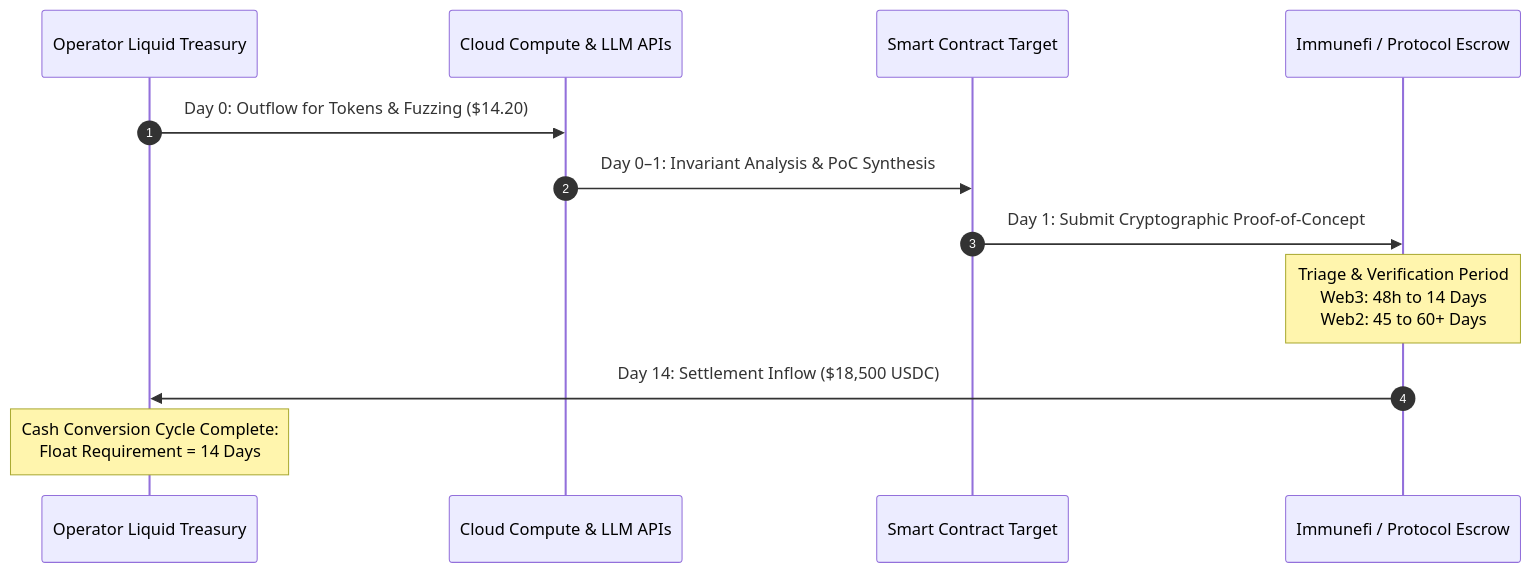
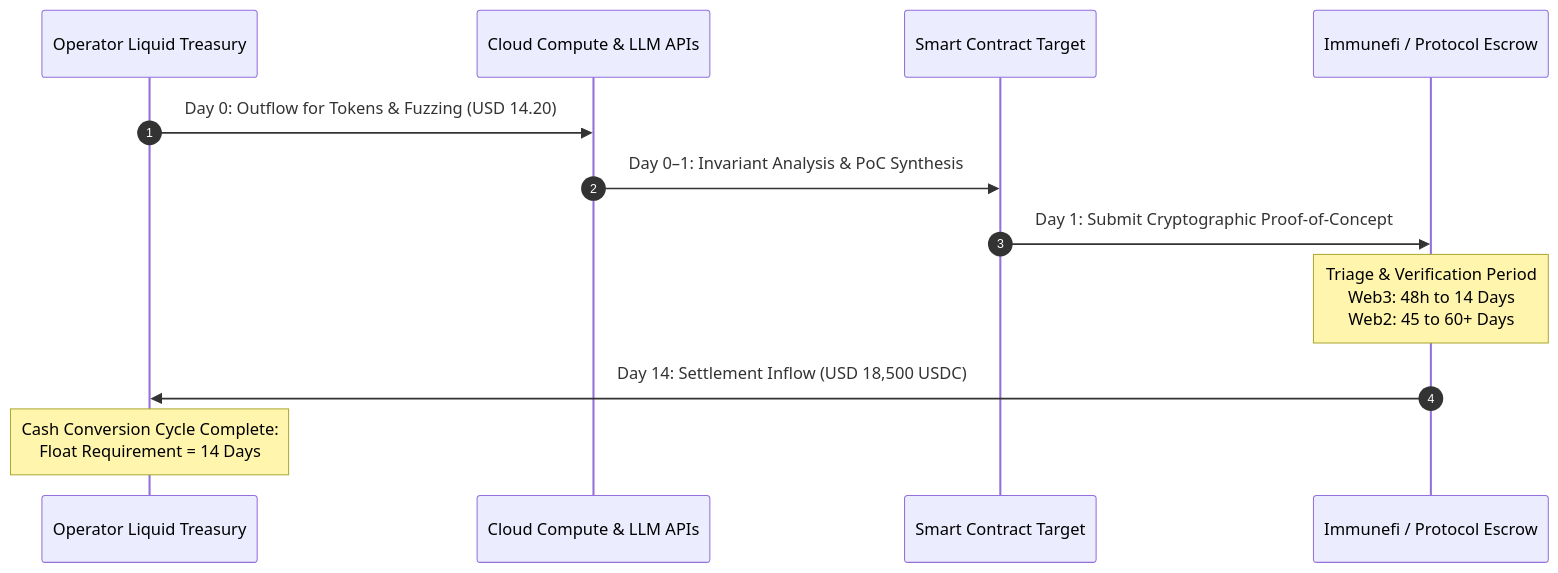
The fourth of 4 diagrams in docs/08_financial_engineering_model.md (x-TheFox/Autonomous-Opportunity-Arbitrage-Engine), drawn with Mermaid before and after one commit. The commit also changed other lines of this file and 11 other files, not shown here.

````diff
--- a/docs/08_financial_engineering_model.md
+++ b/docs/08_financial_engineering_model.md
@@ -227,15 +227,15 @@
 ```mermaid
 sequenceDiagram
     autonumber
     participant Treasury as Operator Liquid Treasury
     participant Compute as Cloud Compute & LLM APIs
     participant Target as Smart Contract Target
     participant Platform as Immunefi / Protocol Escrow
 
-    Treasury->>Compute: Day 0: Outflow for Tokens & Fuzzing ($14.20)
+    Treasury->>Compute: Day 0: Outflow for Tokens & Fuzzing (USD 14.20)
     Compute->>Target: Day 0–1: Invariant Analysis & PoC Synthesis
     Target->>Platform: Day 1: Submit Cryptographic Proof-of-Concept
     Note over Platform: Triage & Verification Period<br/>Web3: 48h to 14 Days<br/>Web2: 45 to 60+ Days
-    Platform->>Treasury: Day 14: Settlement Inflow ($18,500 USDC)
+    Platform->>Treasury: Day 14: Settlement Inflow (USD 18,500 USDC)
     Note over Treasury: Cash Conversion Cycle Complete:<br/>Float Requirement = 14 Days
 ```
````
